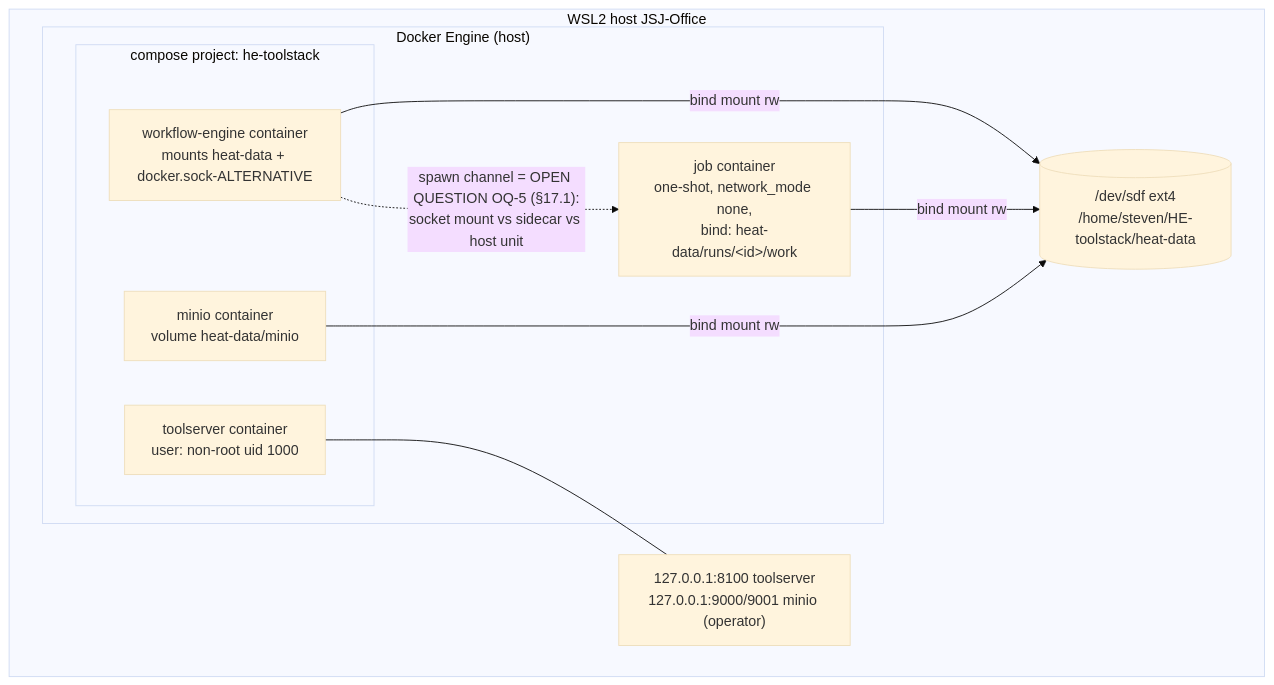
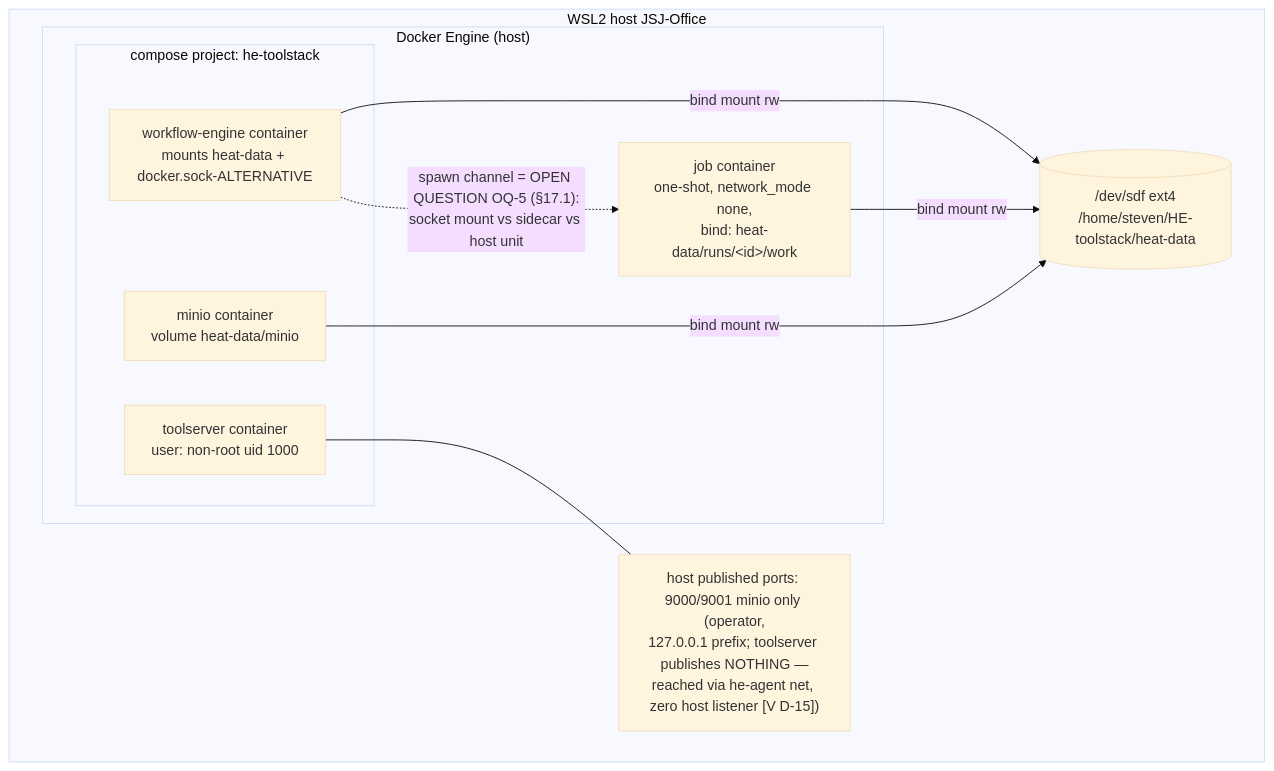
One commit to jstevenjacobs/HE-toolstack changed the third of 9 diagrams in docs/HE-TOOLSTACK-TECHNICAL-DESIGN.md. Above: the diagram before and after it, drawn with Mermaid (base theme). The commit also changed other lines of this file and 4 other files, not shown here.

First line of the commit message:
r7: agent connectivity & network-isolation correction (docs-only)

````diff
--- a/docs/HE-TOOLSTACK-TECHNICAL-DESIGN.md
+++ b/docs/HE-TOOLSTACK-TECHNICAL-DESIGN.md
@@ -308,18 +308,18 @@
 ```mermaid
 graph TB
     subgraph WSL["WSL2 host JSJ-Office"]
         subgraph DE["Docker Engine (host)"]
             subgraph CP["compose project: he-toolstack"]
                 TSc[toolserver container<br/>user: non-root uid 1000]
                 WEc[workflow-engine container<br/>mounts heat-data + docker.sock-ALTERNATIVE]
                 MOc[minio container<br/>volume heat-data/minio]
             end
             J1[job container<br/>one-shot, network_mode none,<br/>bind: heat-data/runs/&lt;id&gt;/work]
         end
         HDD[("/dev/sdf ext4<br/>/home/steven/HE-toolstack/heat-data")]
-        LB["127.0.0.1:8100 toolserver<br/>127.0.0.1:9000/9001 minio (operator)"]
+        LB["host published ports: 9000/9001 minio only (operator,<br/>127.0.0.1 prefix; toolserver publishes NOTHING —<br/>reached via he-agent net, zero host listener [V D-15])"]
     end
     TSc --- LB; WEc -- bind mount rw --> HDD
     J1 -- bind mount rw --> HDD; MOc -- bind mount rw --> HDD
     WEc -. "spawn channel = OPEN QUESTION OQ-5 (§17.1):<br/>socket mount vs sidecar vs host unit" .-> J1
 ```
````
